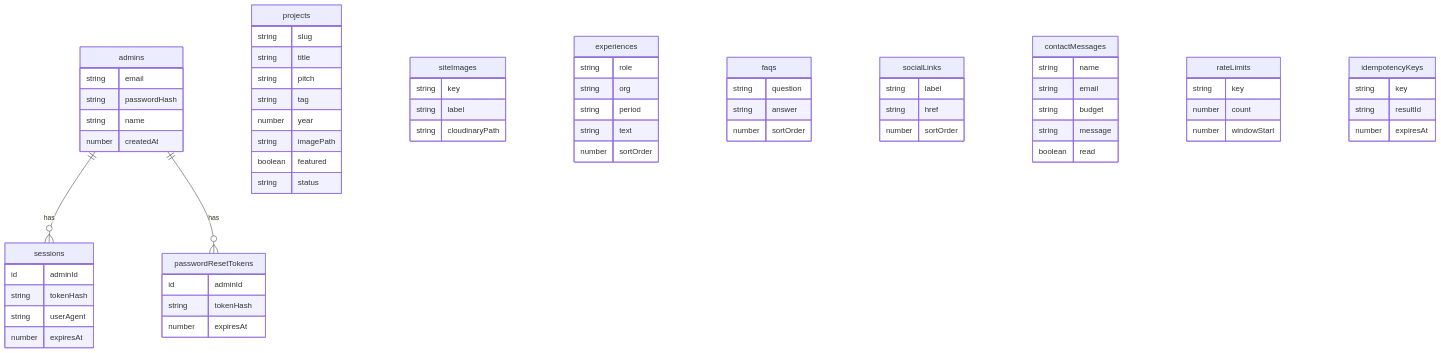
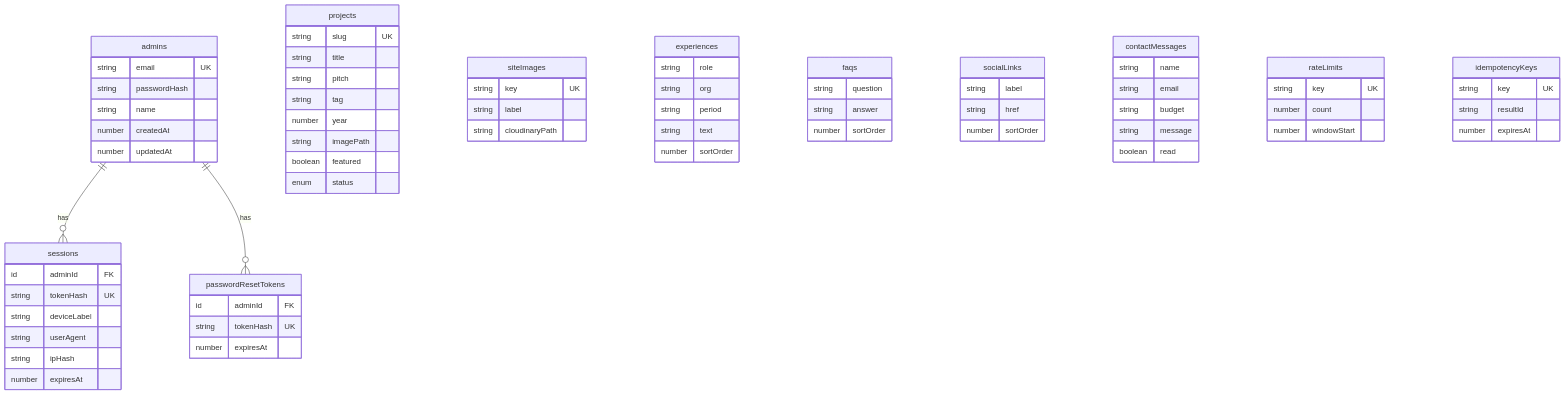
One commit to mawlid1431/Portfolio changed the fourth of 15 diagrams in README.md. Above: the diagram before and after it, drawn with Mermaid. The commit also changed other lines of this file, not shown here.

```diff
--- a/README.md
+++ b/README.md
@@ -155,33 +238,37 @@
 erDiagram
   admins ||--o{ sessions : has
   admins ||--o{ passwordResetTokens : has
+
   admins {
-    string email
+    string email UK
     string passwordHash
     string name
     number createdAt
+    number updatedAt
   }
 
   sessions {
-    id adminId
-    string tokenHash
+    id adminId FK
+    string tokenHash UK
+    string deviceLabel
     string userAgent
+    string ipHash
     number expiresAt
   }
 
   projects {
-    string slug
+    string slug UK
     string title
     string pitch
     string tag
     number year
     string imagePath
     boolean featured
-    string status
+    enum status
   }
 
   siteImages {
-    string key
+    string key UK
     string label
     string cloudinaryPath
   }
@@ -215,19 +302,19 @@
   }
 
   passwordResetTokens {
-    id adminId
-    string tokenHash
+    id adminId FK
+    string tokenHash UK
     number expiresAt
   }
 
   rateLimits {
-    string key
+    string key UK
     number count
     number windowStart
   }
 
   idempotencyKeys {
-    string key
+    string key UK
     string resultId
     number expiresAt
   }
```
